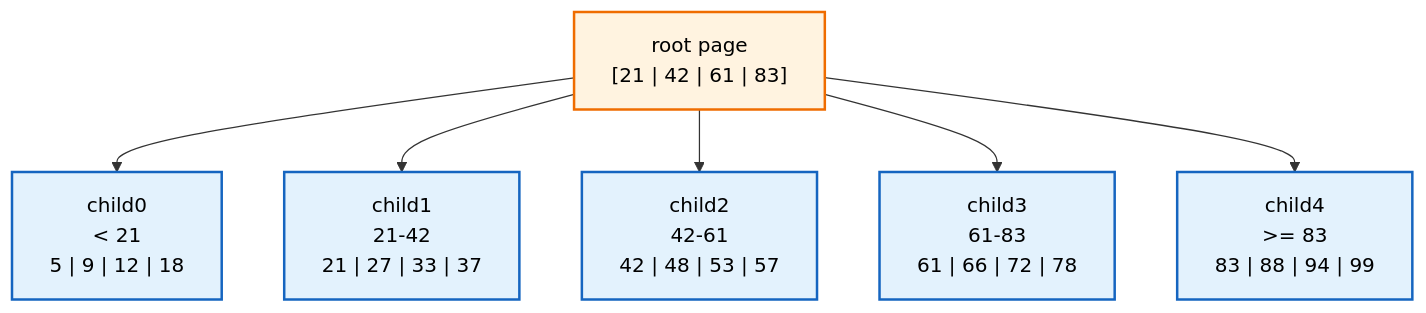
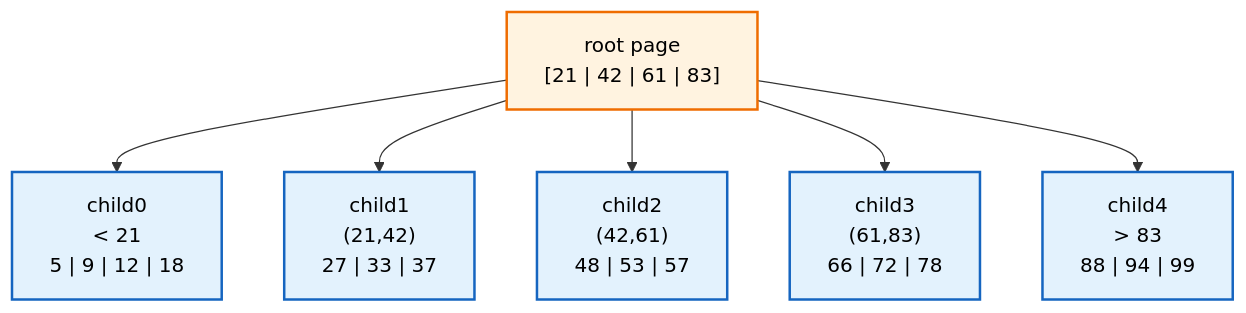
One commit to FormingSystem/linux_note changed the second of 7 diagrams in knowledge/linux/data_structures/红黑树_rb-tree/P13_再扩展到_B_树与_B+_树.md. Above: the diagram before and after it, drawn with Mermaid. The commit also changed other lines of this file and 10 other files, not shown here.

````diff
--- a/knowledge/linux/data_structures/红黑树_rb-tree/P13_再扩展到_B_树与_B+_树.md
+++ b/knowledge/linux/data_structures/红黑树_rb-tree/P13_再扩展到_B_树与_B+_树.md
@@ -329,21 +94,21 @@
 ```mermaid
 flowchart TD
 	root["root page<br/>[21 | 42 | 61 | 83]"]
 
 	c0["child0<br/>< 21<br/>5 | 9 | 12 | 18"]
-	c1["child1<br/>21-42<br/>21 | 27 | 33 | 37"]
-	c2["child2<br/>42-61<br/>42 | 48 | 53 | 57"]
-	c3["child3<br/>61-83<br/>61 | 66 | 72 | 78"]
-	c4["child4<br/>>= 83<br/>83 | 88 | 94 | 99"]
+	c1["child1<br/>(21,42)<br/>27 | 33 | 37"]
+	c2["child2<br/>(42,61)<br/>48 | 53 | 57"]
+	c3["child3<br/>(61,83)<br/>66 | 72 | 78"]
+	c4["child4<br/>> 83<br/>88 | 94 | 99"]
 
 	root --> c0
 	root --> c1
 	root --> c2
 	root --> c3
 	root --> c4
 
 	classDef root fill:#fff3e0,stroke:#ef6c00,color:#000,stroke-width:2px;
 	classDef child fill:#e3f2fd,stroke:#1565c0,color:#000,stroke-width:2px;
 	class root root;
 	class c0,c1,c2,c3,c4 child;
 ```
````
